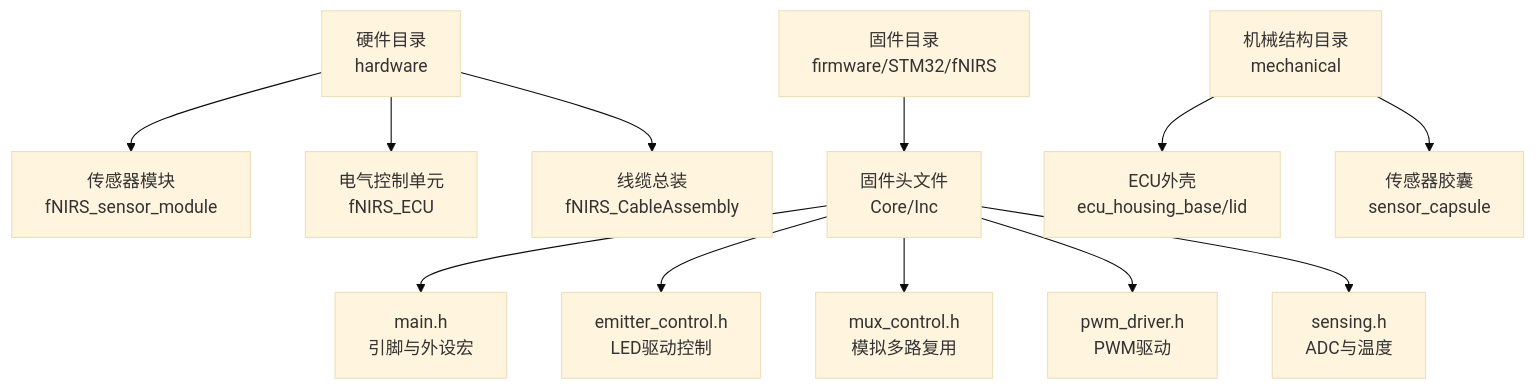
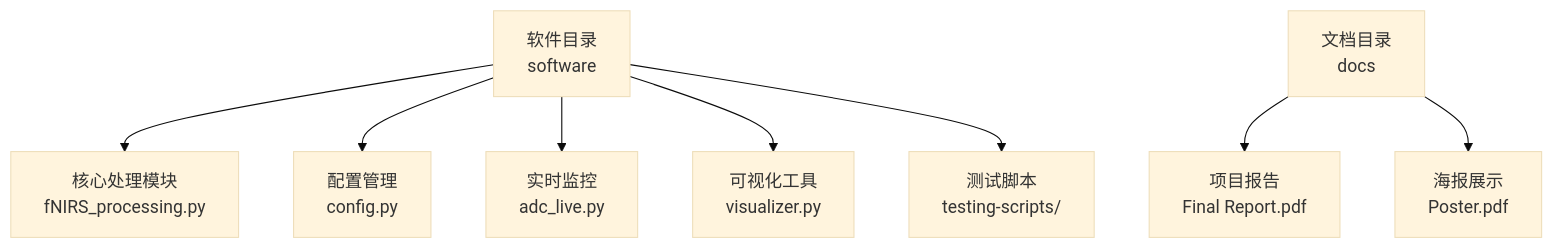
The first of 3 diagrams in .qoder/repowiki/zh/content/硬件系统/硬件系统.md (zhushizi/fNIRS-main), drawn with Mermaid (base theme) before and after one commit. The commit also changed other lines of this file and 28 other files, not shown here.

````diff
--- a/.qoder/repowiki/zh/content/硬件系统/硬件系统.md
+++ b/.qoder/repowiki/zh/content/硬件系统/硬件系统.md
@@ -42,14 +39,10 @@
 ```mermaid
 graph TB
-HW["硬件目录<br/>hardware"] --> SM["传感器模块<br/>fNIRS_sensor_module"]
-HW --> ECU["电气控制单元<br/>fNIRS_ECU"]
-HW --> CABLE["线缆总装<br/>fNIRS_CableAssembly"]
-FW["固件目录<br/>firmware/STM32/fNIRS"] --> COREINC["固件头文件<br/>Core/Inc"]
-COREINC --> MAINH["main.h<br/>引脚与外设宏"]
-COREINC --> EMITH["emitter_control.h<br/>LED驱动控制"]
-COREINC --> MUXH["mux_control.h<br/>模拟多路复用"]
-COREINC --> PWMH["pwm_driver.h<br/>PWM驱动"]
-COREINC --> SENSH["sensing.h<br/>ADC与温度"]
-MECH["机械结构目录<br/>mechanical"] --> HOUSING["ECU外壳<br/>ecu_housing_base/lid"]
-MECH --> CAPSULE["传感器胶囊<br/>sensor_capsule"]
+SW["软件目录<br/>software"] --> CORE["核心处理模块<br/>fNIRS_processing.py"]
+SW --> CONFIG["配置管理<br/>config.py"]
+SW --> LIVE["实时监控<br/>adc_live.py"]
+SW --> VIS["可视化工具<br/>visualizer.py"]
+SW --> TEST["测试脚本<br/>testing-scripts/"]
+DOCS["文档目录<br/>docs"] --> REPORT["项目报告<br/>Final Report.pdf"]
+DOCS --> POSTER["海报展示<br/>Poster.pdf"]
 ```
````
